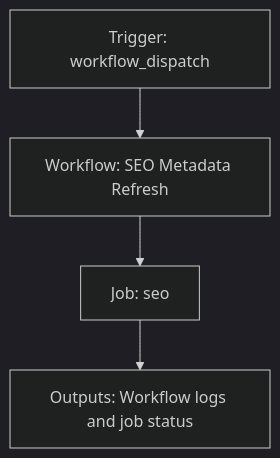
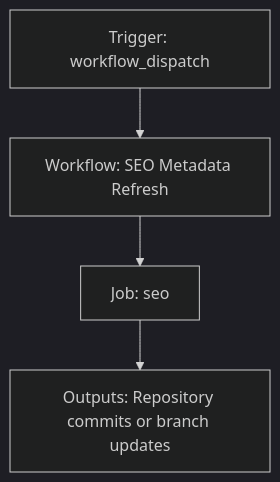
One commit to its-DeFine/docs changed the diagram in ai-tools/registry/workflows/seo-refresh.mdx. Above: the diagram before and after it, drawn with Mermaid (dark theme). The commit also changed other lines of this file and 372 other files, not shown here.

````diff
--- a/ai-tools/registry/workflows/seo-refresh.mdx
+++ b/ai-tools/registry/workflows/seo-refresh.mdx
@@ -90,10 +92,10 @@
 ```mermaid
 flowchart TD
   trigger["Trigger: workflow_dispatch"]
   workflow["Workflow: SEO Metadata Refresh"]
   trigger --> workflow
   job1["Job: seo"]
   workflow --> job1
-  outputs["Outputs: Workflow logs and job status"]
+  outputs["Outputs: Repository commits or branch updates"]
   job1 --> outputs
 ```
````
